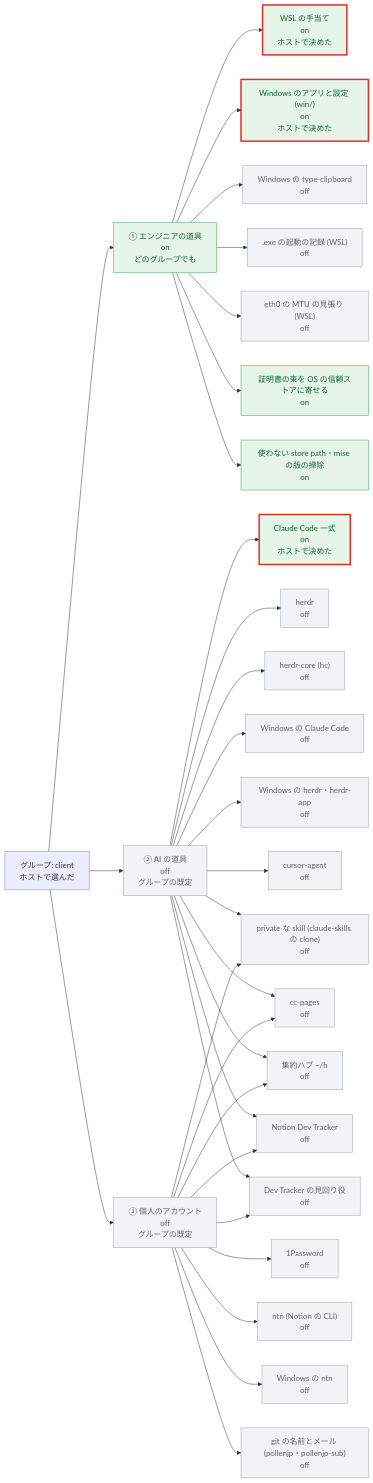
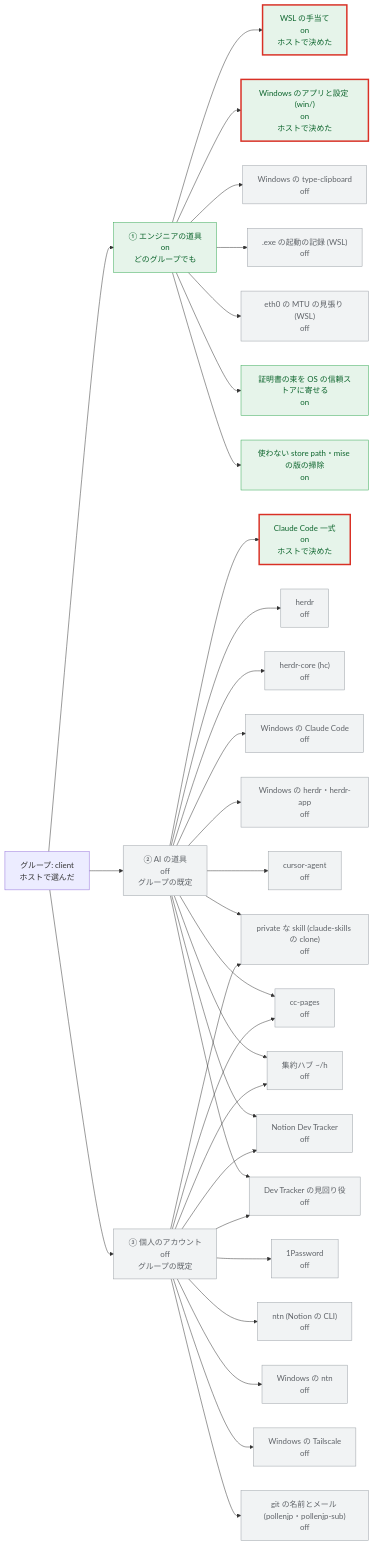
The fourth of 4 diagrams in nix/groups.md (pollenjp/dotfiles), drawn with Mermaid before and after one commit. The commit also changed other lines of this file and 6 other files, not shown here.

First line of the commit message:
feat(nix,win): Windows に Tailscale を入れるかの switch (wsl.windowsFiles.tailscale.enable) を足す

````diff
--- a/nix/groups.md
+++ b/nix/groups.md
@@ -366,68 +376,70 @@
 ```mermaid
 flowchart LR
   g["グループ: client<br/>ホストで選んだ"]
   t1["① エンジニアの道具<br/>on<br/>どのグループでも"]
   t2["② AI の道具<br/>off<br/>グループの既定"]
   t3["③ 個人のアカウント<br/>off<br/>グループの既定"]
   g --> t1
   g --> t2
   g --> t3
   wsl["WSL の手当て<br/>on<br/>ホストで決めた"]
   windowsFiles["Windows のアプリと設定 (win/)<br/>on<br/>ホストで決めた"]
   windowsTypeClipboard["Windows の type-clipboard<br/>off"]
   exeExecTrace[".exe の起動の記録 (WSL)<br/>off"]
   mtuGuard["eth0 の MTU の見張り (WSL)<br/>off"]
   osCaBundle["証明書の束を OS の信頼ストアに寄せる<br/>on"]
   cleanup["使わない store path・mise の版の掃除<br/>on"]
   claude["Claude Code 一式<br/>on<br/>ホストで決めた"]
   herdr["herdr<br/>off"]
   herdrCore["herdr-core (hc)<br/>off"]
   windowsClaudeCode["Windows の Claude Code<br/>off"]
   windowsHerdr["Windows の herdr・herdr-app<br/>off"]
   cursorAgent["cursor-agent<br/>off"]
   claudePrivateSkills["private な skill (claude-skills の clone)<br/>off"]
   ccPages["cc-pages<br/>off"]
   herdrHub["集約ハブ ~/h<br/>off"]
   devTracker["Notion Dev Tracker<br/>off"]
   devTrackerInbox["Dev Tracker の見回り役<br/>off"]
   onePassword["1Password<br/>off"]
   ntn["ntn (Notion の CLI)<br/>off"]
   windowsNtn["Windows の ntn<br/>off"]
+  windowsTailscale["Windows の Tailscale<br/>off"]
   gitIdentity["git の名前とメール (pollenjp・pollenjp-sub)<br/>off"]
   t1 --> wsl
   t1 --> windowsFiles
   t1 --> windowsTypeClipboard
   t1 --> exeExecTrace
   t1 --> mtuGuard
   t1 --> osCaBundle
   t1 --> cleanup
   t2 --> claude
   t2 --> herdr
   t2 --> herdrCore
   t2 --> windowsClaudeCode
   t2 --> windowsHerdr
   t2 --> cursorAgent
   t2 --> claudePrivateSkills
   t3 --> claudePrivateSkills
   t2 --> ccPages
   t3 --> ccPages
   t2 --> herdrHub
   t3 --> herdrHub
   t2 --> devTracker
   t3 --> devTracker
   t2 --> devTrackerInbox
   t3 --> devTrackerInbox
   t3 --> onePassword
   t3 --> ntn
   t3 --> windowsNtn
+  t3 --> windowsTailscale
   t3 --> gitIdentity
   classDef on fill:#e6f4ea,stroke:#34a853,color:#0d652d
   classDef off fill:#f1f3f4,stroke:#9aa0a6,color:#5f6368
   classDef na fill:#ffffff,stroke:#bdc1c6,color:#9aa0a6,stroke-dasharray:4 3
   classDef onHost fill:#e6f4ea,stroke:#d93025,stroke-width:3px,color:#0d652d
   classDef offHost fill:#f1f3f4,stroke:#d93025,stroke-width:3px,color:#5f6368
   classDef naHost fill:#ffffff,stroke:#d93025,stroke-width:3px,color:#9aa0a6,stroke-dasharray:4 3
   class t1,osCaBundle,cleanup on
-  class t2,t3,windowsTypeClipboard,exeExecTrace,mtuGuard,herdr,herdrCore,windowsClaudeCode,windowsHerdr,cursorAgent,claudePrivateSkills,ccPages,herdrHub,devTracker,devTrackerInbox,onePassword,ntn,windowsNtn,gitIdentity off
+  class t2,t3,windowsTypeClipboard,exeExecTrace,mtuGuard,herdr,herdrCore,windowsClaudeCode,windowsHerdr,cursorAgent,claudePrivateSkills,ccPages,herdrHub,devTracker,devTrackerInbox,onePassword,ntn,windowsNtn,windowsTailscale,gitIdentity off
   class wsl,windowsFiles,claude onHost
 ```
````
